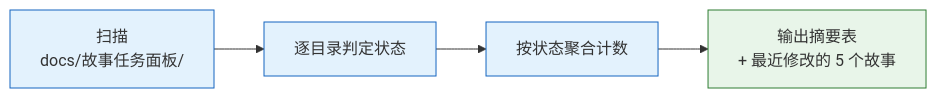
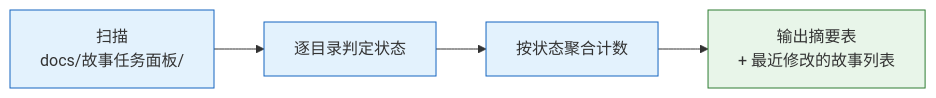
Before and after one commit to effiy/YrY: the fourth of 12 diagrams in skills/rui-story/SKILL.md, drawn with Mermaid. The commit also changed other lines of this file and 6 other files, not shown here.

````diff
--- a/skills/rui-story/SKILL.md
+++ b/skills/rui-story/SKILL.md
@@ -107,9 +105,9 @@
 ```mermaid
 flowchart LR
     A["扫描<br/>docs/故事任务面板/"]:::op --> B["逐目录判定状态"]:::op
     B --> C["按状态聚合计数"]:::op
-    C --> D["输出摘要表<br/>+ 最近修改的 5 个故事"]:::out
+    C --> D["输出摘要表<br/>+ 最近修改的故事列表"]:::out
 
     classDef op fill:#e3f2fd,stroke:#1565c0;
     classDef out fill:#e8f5e9,stroke:#2e7d32;
 ```
````
